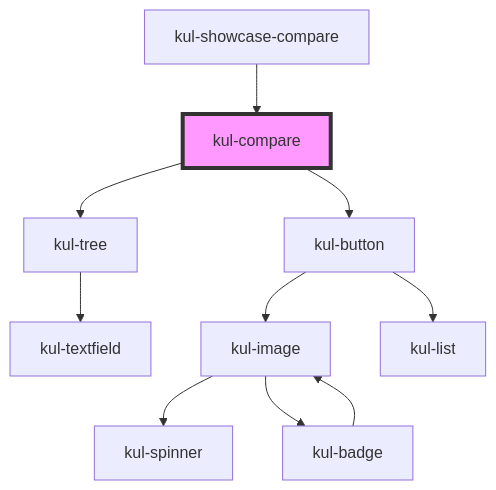
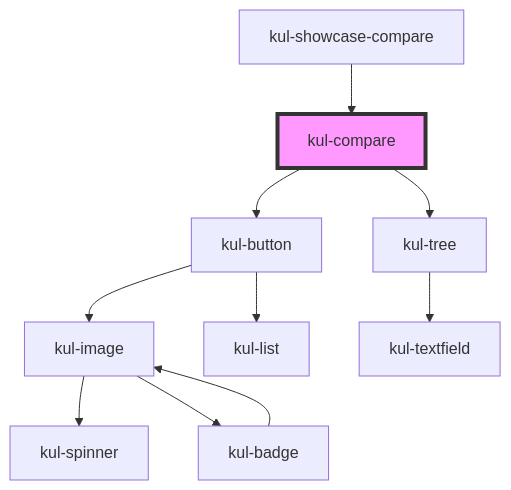
One commit to lucafoscili/ketchup-lite changed the diagram in packages/ketchup-lite/src/components/kul-compare/readme.md. Above: the diagram before and after it, drawn with Mermaid. The commit also changed other lines of this file and 25 other files, not shown here.

````diff
--- a/packages/ketchup-lite/src/components/kul-compare/readme.md
+++ b/packages/ketchup-lite/src/components/kul-compare/readme.md
@@ -97,13 +97,13 @@
 ```mermaid
 graph TD;
+  kul-compare --> kul-button
   kul-compare --> kul-tree
-  kul-compare --> kul-button
-  kul-tree --> kul-textfield
   kul-button --> kul-image
   kul-button --> kul-list
   kul-image --> kul-spinner
   kul-image --> kul-badge
   kul-badge --> kul-image
+  kul-tree --> kul-textfield
   kul-showcase-compare --> kul-compare
   style kul-compare fill:#f9f,stroke:#333,stroke-width:4px
 ```
````
